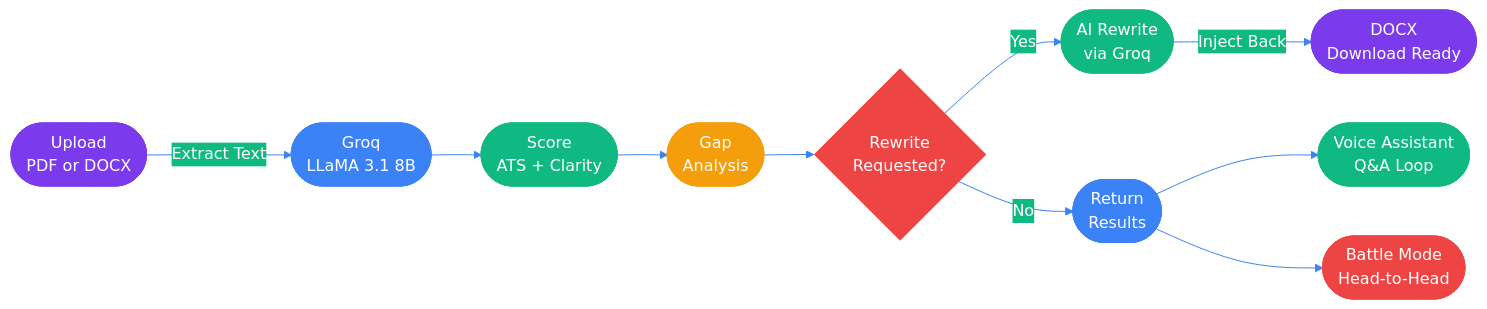
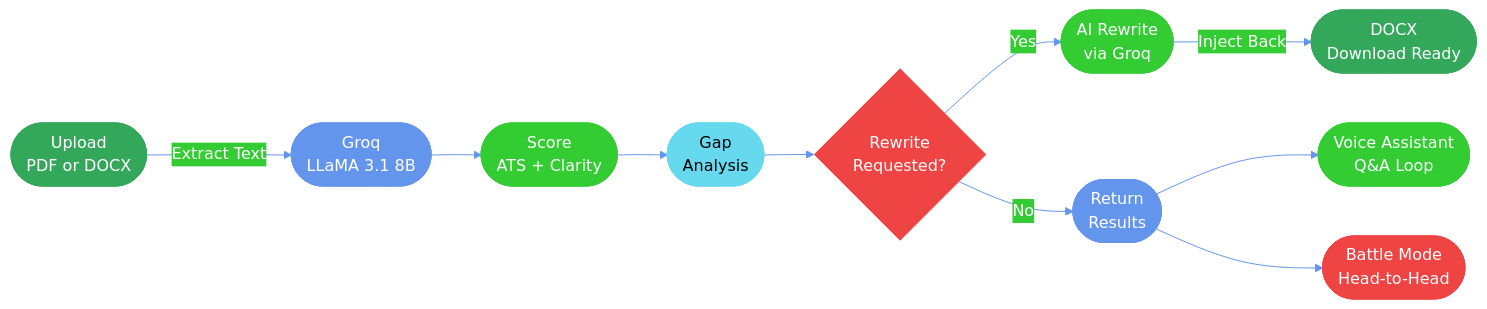
Before and after one commit to mananjani2102/Nexus-ai-Hackathon: the diagram in README.md, drawn with Mermaid. The commit also changed other lines of this file, not shown here.

````diff
--- a/README.md
+++ b/README.md
@@ -456,24 +464,24 @@
 ```mermaid
-%%{init: {'theme':'base','themeVariables':{'primaryColor':'#7C3AED','primaryTextColor':'#ffffff','primaryBorderColor':'#7C3AED','lineColor':'#3B82F6','secondaryColor':'#10B981','tertiaryColor':'#F59E0B','background':'#0d0d0d'}}}%%
+%%{init: {'theme':'base','themeVariables':{'primaryColor':'#34a85a','primaryTextColor':'#ffffff','primaryBorderColor':'#34a85a','lineColor':'#6495ed','secondaryColor':'#33cc33','tertiaryColor':'#66d9ef','background':'#1a1d23'}}}%%
 flowchart LR
     A([Upload\nPDF or DOCX]) -->|Extract Text| B([Groq\nLLaMA 3.1 8B])
     B --> C([Score\nATS + Clarity])
     C --> D([Gap\nAnalysis])
     D --> E{Rewrite\nRequested?}
     E -->|Yes| G([AI Rewrite\nvia Groq])
     E -->|No| Z([Return\nResults])
     G -->|Inject Back| I([DOCX\nDownload Ready])
     Z --> VA([Voice Assistant\nQ&A Loop])
     Z --> BM([Battle Mode\nHead-to-Head])
 
-    style A fill:#7C3AED,stroke:#7C3AED,color:#fff
-    style B fill:#3B82F6,stroke:#3B82F6,color:#fff
-    style C fill:#10B981,stroke:#10B981,color:#fff
-    style D fill:#F59E0B,stroke:#F59E0B,color:#fff
-    style E fill:#EF4444,stroke:#EF4444,color:#fff
-    style G fill:#10B981,stroke:#10B981,color:#fff
-    style I fill:#7C3AED,stroke:#7C3AED,color:#fff
-    style Z fill:#3B82F6,stroke:#3B82F6,color:#fff
-    style VA fill:#10B981,stroke:#10B981,color:#fff
-    style BM fill:#EF4444,stroke:#EF4444,color:#fff
+    style A fill:#34a85a,stroke:#34a85a,color:#fff
+    style B fill:#6495ed,stroke:#6495ed,color:#fff
+    style C fill:#33cc33,stroke:#33cc33,color:#fff
+    style D fill:#66d9ef,stroke:#66d9ef,color:#000
+    style E fill:#ef4444,stroke:#ef4444,color:#fff
+    style G fill:#33cc33,stroke:#33cc33,color:#fff
+    style I fill:#34a85a,stroke:#34a85a,color:#fff
+    style Z fill:#6495ed,stroke:#6495ed,color:#fff
+    style VA fill:#33cc33,stroke:#33cc33,color:#fff
+    style BM fill:#ef4444,stroke:#ef4444,color:#fff
 ```
````
